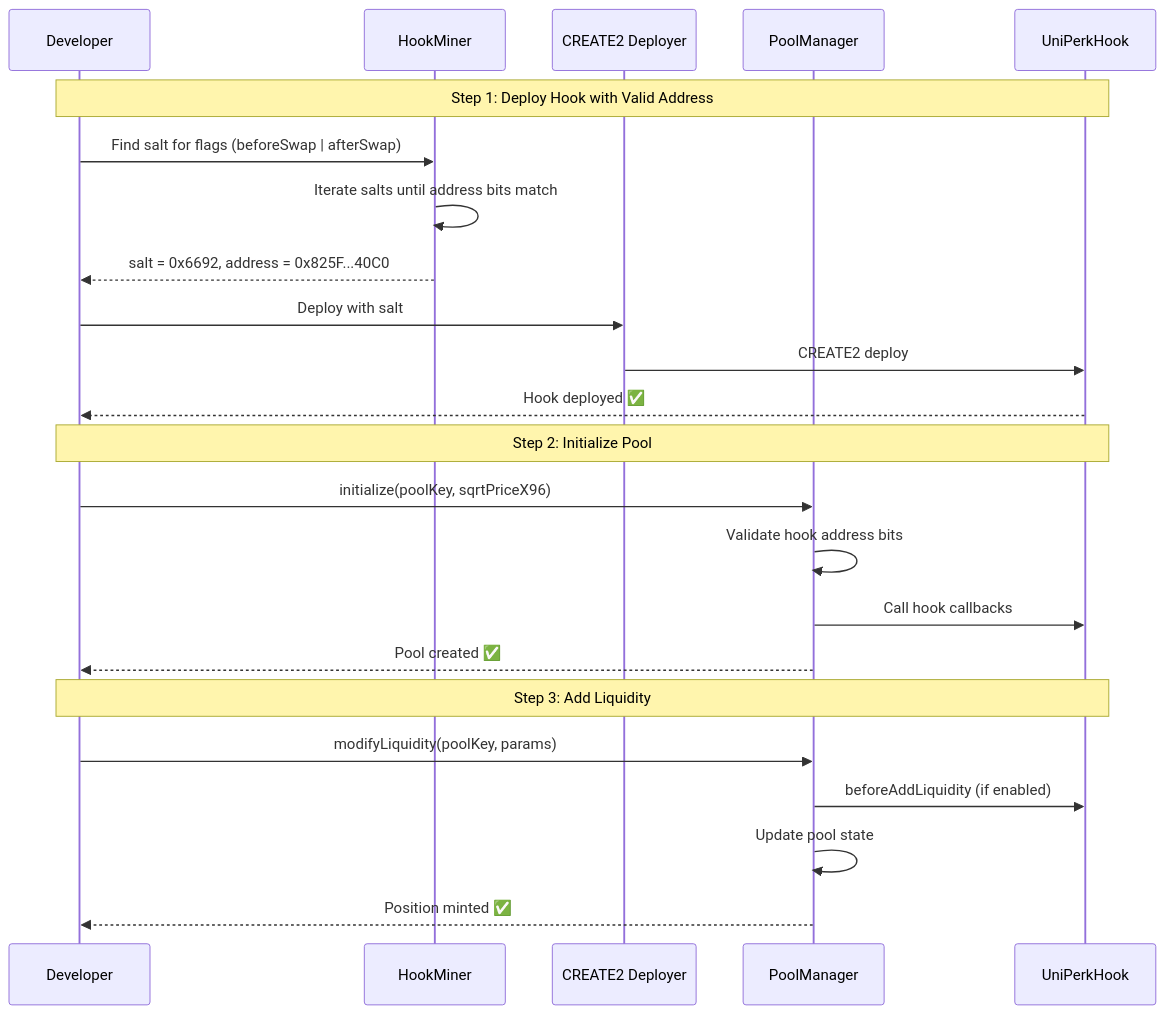
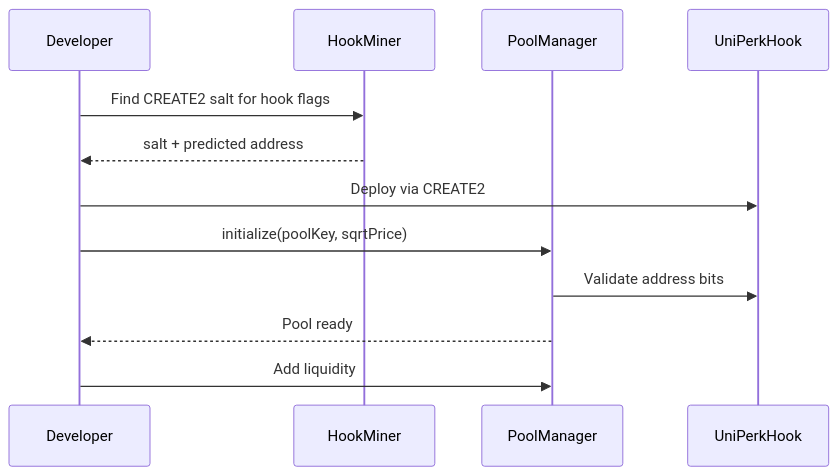
One commit to PerkOS-xyz/UniPerk changed the fourth of 4 diagrams in README.md. Above: the diagram before and after it, drawn with Mermaid. The commit also changed other lines of this file, not shown here.

````diff
--- a/README.md
+++ b/README.md
@@ -331,28 +303,15 @@
 ```mermaid
 sequenceDiagram
     participant Dev as Developer
     participant HM as HookMiner
-    participant C2 as CREATE2 Deployer
     participant PM as PoolManager
     participant Hook as UniPerkHook
 
-    Note over Dev,Hook: Step 1: Deploy Hook with Valid Address
-    Dev->>HM: Find salt for flags (beforeSwap | afterSwap)
-    HM->>HM: Iterate salts until address bits match
-    HM-->>Dev: salt = 0x6692, address = 0x825F...40C0
-    Dev->>C2: Deploy with salt
-    C2->>Hook: CREATE2 deploy
-    Hook-->>Dev: Hook deployed ✅
-
-    Note over Dev,Hook: Step 2: Initialize Pool
-    Dev->>PM: initialize(poolKey, sqrtPriceX96)
-    PM->>PM: Validate hook address bits
-    PM->>Hook: Call hook callbacks
-    PM-->>Dev: Pool created ✅
-
-    Note over Dev,Hook: Step 3: Add Liquidity
-    Dev->>PM: modifyLiquidity(poolKey, params)
-    PM->>Hook: beforeAddLiquidity (if enabled)
-    PM->>PM: Update pool state
-    PM-->>Dev: Position minted ✅
+    Dev->>HM: Find CREATE2 salt for hook flags
+    HM-->>Dev: salt + predicted address
+    Dev->>Hook: Deploy via CREATE2
+    Dev->>PM: initialize(poolKey, sqrtPrice)
+    PM->>Hook: Validate address bits
+    PM-->>Dev: Pool ready
+    Dev->>PM: Add liquidity
 ```
````
